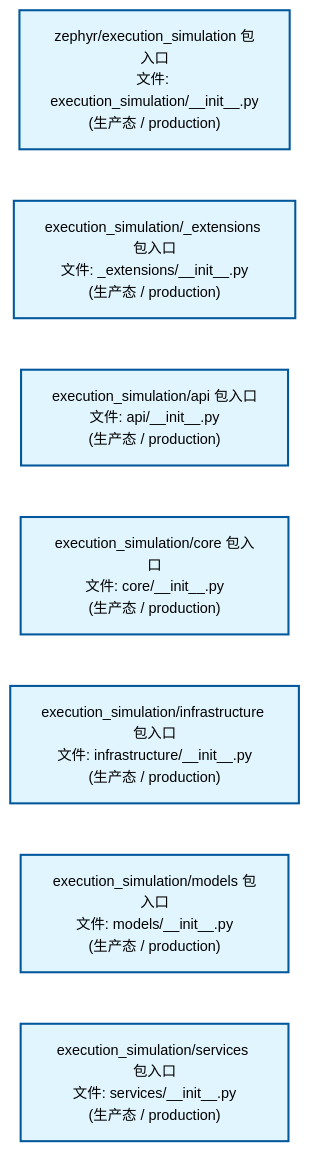
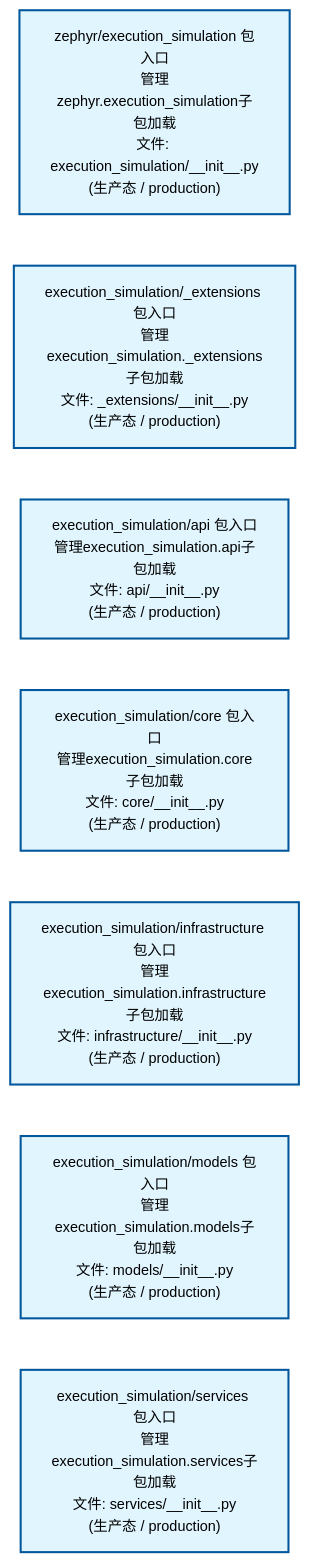
Before and after one commit to xuanFelixVan/ZephyrAlpha: the second of 2 diagrams in docs/02_enterprise_architecture/02_domain_architecture_docs/43_d_exec_sim.md, drawn with Mermaid. The commit also changed other lines of this file and 61 other files, not shown here.

````diff
--- a/docs/02_enterprise_architecture/02_domain_architecture_docs/43_d_exec_sim.md
+++ b/docs/02_enterprise_architecture/02_domain_architecture_docs/43_d_exec_sim.md
@@ -80,22 +80,22 @@
 ```mermaid
 %%{init: {'theme': 'base', 'themeVariables': {'primaryColor': '#eaeaea', 'primaryTextColor': '#333333', 'primaryBorderColor': '#666666', 'lineColor': '#666666', 'secondaryColor': '#eaeaea', 'tertiaryColor': '#eaeaea', 'fontSize': '14px'}}}%%
 flowchart TD
-    src_zephyr_execution_simulation_init_py["zephyr/execution_simulation 包入口<br/>文件: execution_simulation/__init__.py<br/>(生产态 / production)"]
-    src_zephyr_execution_simulation_extensions_init_py["execution_simulation/_extensions 包入口<br/>文件: _extensions/__init__.py<br/>(生产态 / production)"]
-    src_zephyr_execution_simulation_api_init_py["execution_simulation/api 包入口<br/>文件: api/__init__.py<br/>(生产态 / production)"]
-    src_zephyr_execution_simulation_core_init_py["execution_simulation/core 包入口<br/>文件: core/__init__.py<br/>(生产态 / production)"]
-    src_zephyr_execution_simulation_infrastructure_init_py["execution_simulation/infrastructure 包入口<br/>文件: infrastructure/__init__.py<br/>(生产态 / production)"]
-    src_zephyr_execution_simulation_models_init_py["execution_simulation/models 包入口<br/>文件: models/__init__.py<br/>(生产态 / production)"]
-    src_zephyr_execution_simulation_services_init_py["execution_simulation/services 包入口<br/>文件: services/__init__.py<br/>(生产态 / production)"]
+    src_zephyr_execution_simulation_init_py["zephyr/execution_simulation 包入口<br/>管理zephyr.execution_simulation子包加载<br/>文件: execution_simulation/__init__.py<br/>(生产态 / production)"]
+    src_zephyr_execution_simulation_extensions_init_py["execution_simulation/_extensions 包入口<br/>管理execution_simulation._extensions子包加载<br/>文件: _extensions/__init__.py<br/>(生产态 / production)"]
+    src_zephyr_execution_simulation_api_init_py["execution_simulation/api 包入口<br/>管理execution_simulation.api子包加载<br/>文件: api/__init__.py<br/>(生产态 / production)"]
+    src_zephyr_execution_simulation_core_init_py["execution_simulation/core 包入口<br/>管理execution_simulation.core子包加载<br/>文件: core/__init__.py<br/>(生产态 / production)"]
+    src_zephyr_execution_simulation_infrastructure_init_py["execution_simulation/infrastructure 包入口<br/>管理execution_simulation.infrastructure子包加载<br/>文件: infrastructure/__init__.py<br/>(生产态 / production)"]
+    src_zephyr_execution_simulation_models_init_py["execution_simulation/models 包入口<br/>管理execution_simulation.models子包加载<br/>文件: models/__init__.py<br/>(生产态 / production)"]
+    src_zephyr_execution_simulation_services_init_py["execution_simulation/services 包入口<br/>管理execution_simulation.services子包加载<br/>文件: services/__init__.py<br/>(生产态 / production)"]
     src_zephyr_execution_simulation_init_py ~~~ src_zephyr_execution_simulation_extensions_init_py
     src_zephyr_execution_simulation_extensions_init_py ~~~ src_zephyr_execution_simulation_api_init_py
     src_zephyr_execution_simulation_api_init_py ~~~ src_zephyr_execution_simulation_core_init_py
     src_zephyr_execution_simulation_core_init_py ~~~ src_zephyr_execution_simulation_infrastructure_init_py
     src_zephyr_execution_simulation_infrastructure_init_py ~~~ src_zephyr_execution_simulation_models_init_py
     src_zephyr_execution_simulation_models_init_py ~~~ src_zephyr_execution_simulation_services_init_py
     classDef production fill:#e1f5fe,stroke:#01579b,stroke-width:2px,color:#000
     classDef design fill:#fff3e0,stroke:#e65100,stroke-width:2px,color:#000,stroke-dasharray: 5 5
     classDef external_prod fill:#e8f4fd,stroke:#0277bd,stroke-width:1px,color:#000
     classDef external_design fill:#fff8e7,stroke:#ef6c00,stroke-width:1px,color:#000,stroke-dasharray: 5 5
     class src_zephyr_execution_simulation_init_py,src_zephyr_execution_simulation_extensions_init_py,src_zephyr_execution_simulation_api_init_py,src_zephyr_execution_simulation_core_init_py,src_zephyr_execution_simulation_infrastructure_init_py,src_zephyr_execution_simulation_models_init_py,src_zephyr_execution_simulation_services_init_py production
 ```
````
